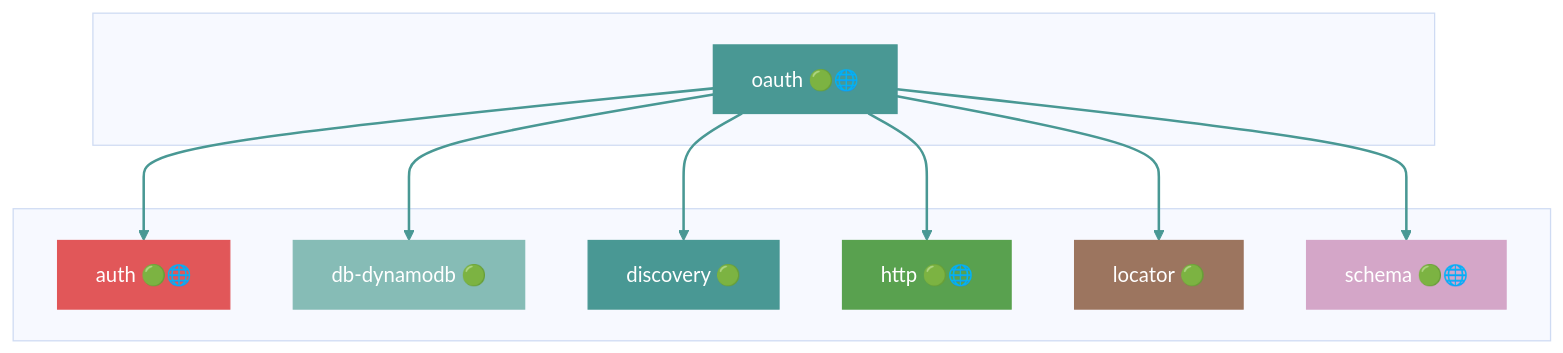
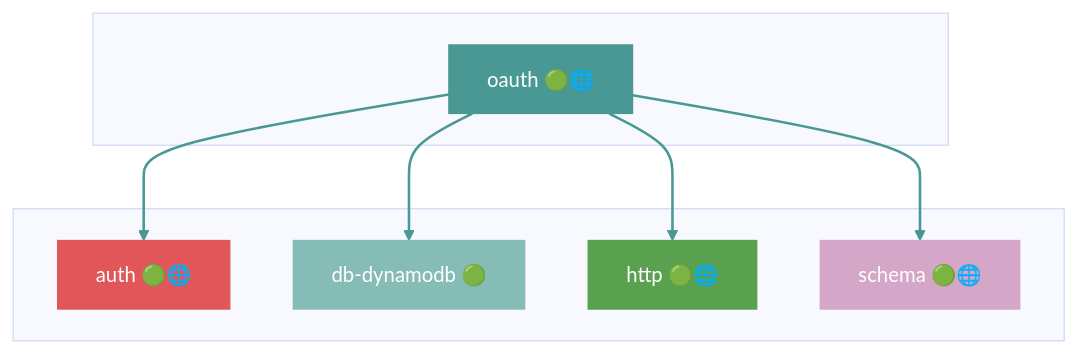
Before and after one commit to grest-ts/grest-ts: diagram 33 of 47 in docs/DEPENDENCIES.md, drawn with Mermaid (base theme). The commit also changed other lines of this file and 13 other files, not shown here.

````diff
--- a/docs/DEPENDENCIES.md
+++ b/docs/DEPENDENCIES.md
@@ -1683,33 +1661,25 @@
 ```mermaid
 flowchart TB
     subgraph Package[" "]
         oauth["oauth 🟢🌐"]
     end
     subgraph Dependencies[" "]
         auth["auth 🟢🌐"]
         db-dynamodb["db-dynamodb 🟢"]
-        discovery["discovery 🟢"]
         http["http 🟢🌐"]
-        locator["locator 🟢"]
         schema["schema 🟢🌐"]
     end
     oauth --> auth
     oauth --> db-dynamodb
-    oauth --> discovery
     oauth --> http
-    oauth --> locator
     oauth --> schema
     style oauth fill:#499894,stroke:#499894,color:#fff
     style auth fill:#E15759,stroke:#E15759,color:#fff
     style db-dynamodb fill:#86BCB6,stroke:#86BCB6,color:#fff
-    style discovery fill:#499894,stroke:#499894,color:#fff
     style http fill:#59A14F,stroke:#59A14F,color:#fff
-    style locator fill:#9C755F,stroke:#9C755F,color:#fff
     style schema fill:#D4A6C8,stroke:#D4A6C8,color:#fff
     linkStyle 0 stroke:#499894,stroke-width:2px
     linkStyle 1 stroke:#499894,stroke-width:2px
     linkStyle 2 stroke:#499894,stroke-width:2px
     linkStyle 3 stroke:#499894,stroke-width:2px
-    linkStyle 4 stroke:#499894,stroke-width:2px
-    linkStyle 5 stroke:#499894,stroke-width:2px
 ```
````
